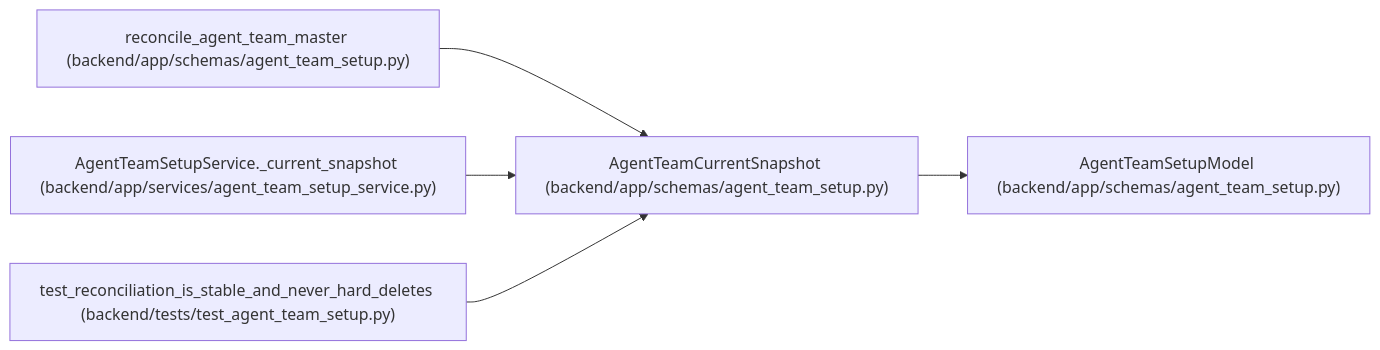
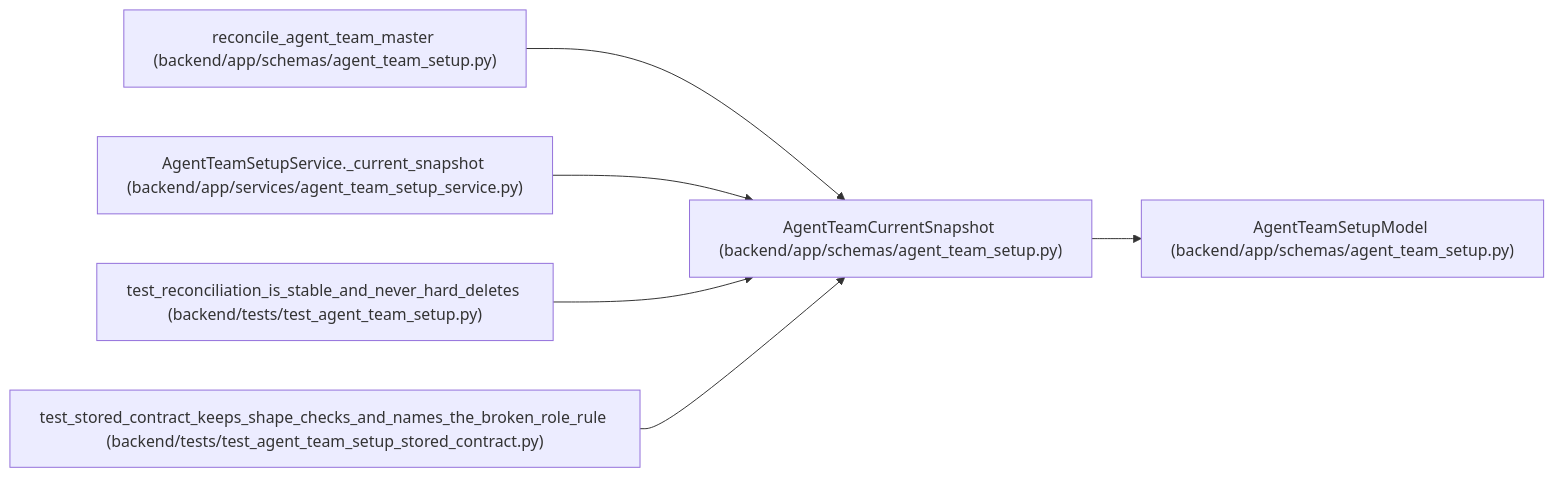
One commit to Denissvgn/WorkChord changed the diagram in docs/llm_wiki/entities/AgentTeamCurrentSnapshot.md. Above: the diagram before and after it, drawn with Mermaid. The commit also changed other lines of this file and 829 other files, not shown here.

Commit message:
docs(wiki): refresh for team contracts stored under earlier role rules

````diff
--- a/docs/llm_wiki/entities/AgentTeamCurrentSnapshot.md
+++ b/docs/llm_wiki/entities/AgentTeamCurrentSnapshot.md
@@ -28,17 +28,20 @@
 ```mermaid
 flowchart LR
     n0["AgentTeamCurrentSnapshot (backend/app/schemas/agent_team_setup.py)"]
     n1["AgentTeamSetupModel (backend/app/schemas/agent_team_setup.py)"]
     n2["reconcile_agent_team_master (backend/app/schemas/agent_team_setup.py)"]
     n3["AgentTeamSetupService._current_snapshot (backend/app/services/agent_team_setup_service.py)"]
     n4["test_reconciliation_is_stable_and_never_hard_deletes (backend/tests/test_agent_team_setup.py)"]
+    n5["test_stored_contract_keeps_shape_checks_and_names_the_broken_role_rule (backend/tests/test_agent_team_setup_stored_contract.py)"]
     n0 --> n1
     n2 --> n0
     n3 --> n0
     n4 --> n0
+    n5 --> n0
     click n0 "../modules/agent_team_setup.md"
     click n1 "../modules/agent_team_setup.md"
     click n2 "../modules/agent_team_setup.md"
     click n3 "../modules/agent_team_setup_service.md"
     click n4 "../modules/test_agent_team_setup.md"
+    click n5 "../modules/test_agent_team_setup_stored_contract.md"
 ```
````
